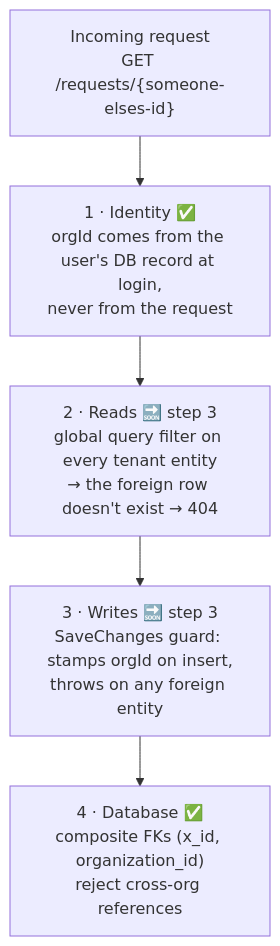
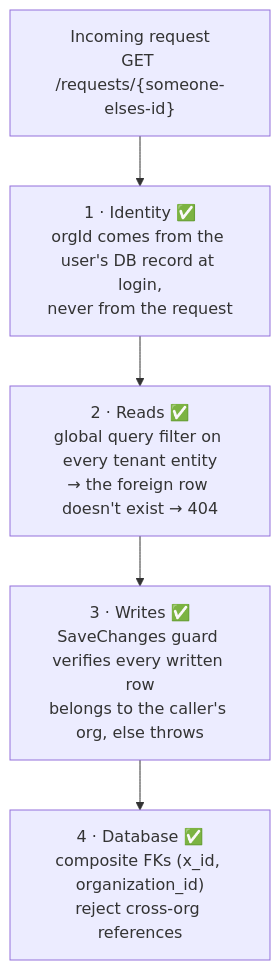
The fourth of 5 diagrams in ARCHITECTURE.md (MoqeetUlHassan/Assessment), drawn with Mermaid before and after one commit. The commit also changed other lines of this file and 4 other files, not shown here.

Commit message:
Docs: step 3 tenancy (verify-not-stamp guard, fail-closed, system scope); AI-LOG checks

````diff
--- a/ARCHITECTURE.md
+++ b/ARCHITECTURE.md
@@ -174,8 +174,8 @@
 ```mermaid
 flowchart TB
     R["Incoming request<br/>GET /requests/{someone-elses-id}"] --> L1
     L1["1 · Identity ✅<br/>orgId comes from the user's DB record at login,<br/>never from the request"] --> L2
-    L2["2 · Reads 🔜 step 3<br/>global query filter on every tenant entity<br/>→ the foreign row doesn't exist → 404"] --> L3
-    L3["3 · Writes 🔜 step 3<br/>SaveChanges guard: stamps orgId on insert,<br/>throws on any foreign entity"] --> L4
+    L2["2 · Reads ✅<br/>global query filter on every tenant entity<br/>→ the foreign row doesn't exist → 404"] --> L3
+    L3["3 · Writes ✅<br/>SaveChanges guard verifies every written row<br/>belongs to the caller's org, else throws"] --> L4
     L4["4 · Database ✅<br/>composite FKs (x_id, organization_id)<br/>reject cross-org references"]
 ```
````
